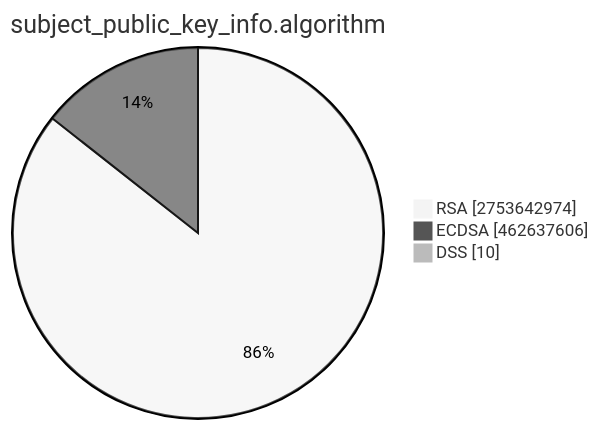
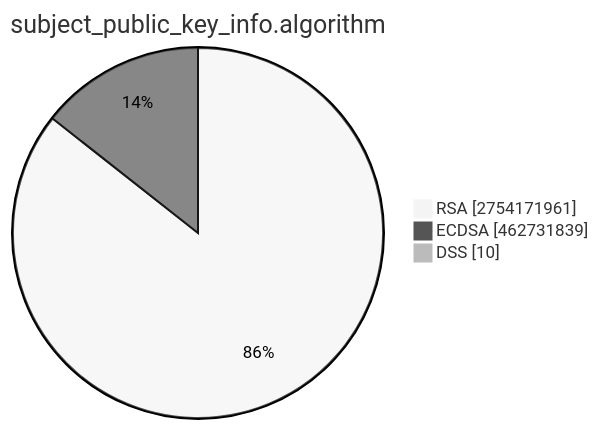
One commit to christiankrug/ctmonitor_visualization changed the second of 15 diagrams in TOTAL/README.md. Above: the diagram before and after it, drawn with Mermaid (neutral theme). The commit also changed other lines of this file, not shown here.

````diff
--- a/TOTAL/README.md
+++ b/TOTAL/README.md
@@ -6,7 +6,7 @@
 ```mermaid
 pie showData
 title subject_public_key_info.algorithm
-"RSA" :2753642974
-"ECDSA" :462637606
+"RSA" :2754171961
+"ECDSA" :462731839
 "DSS" :10
 ```
````
